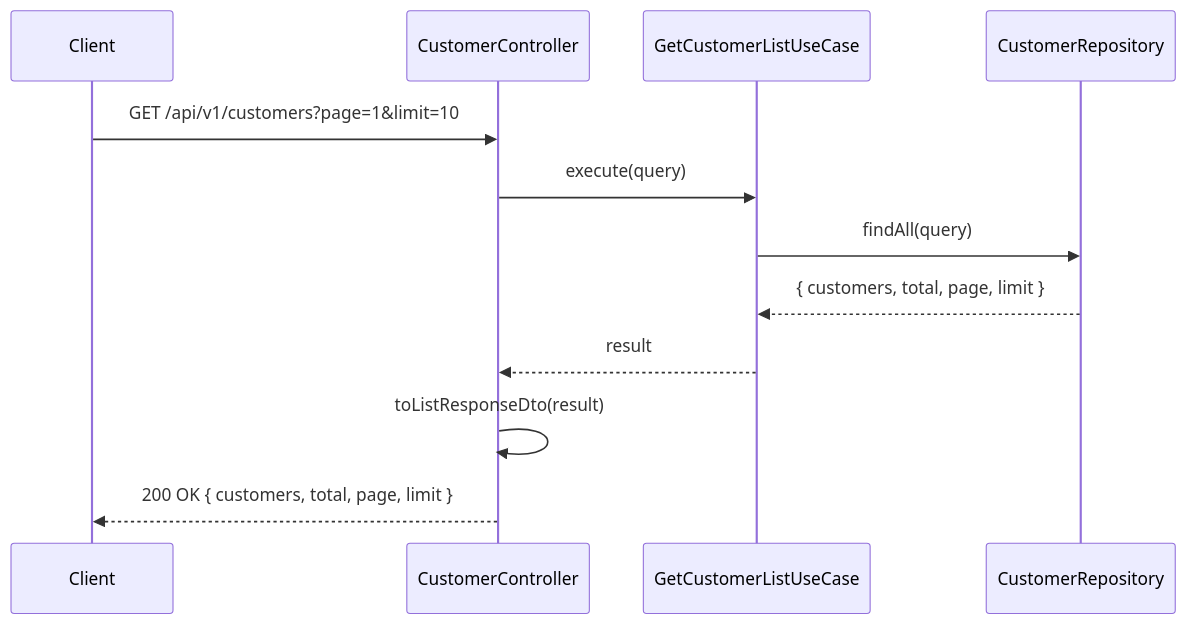
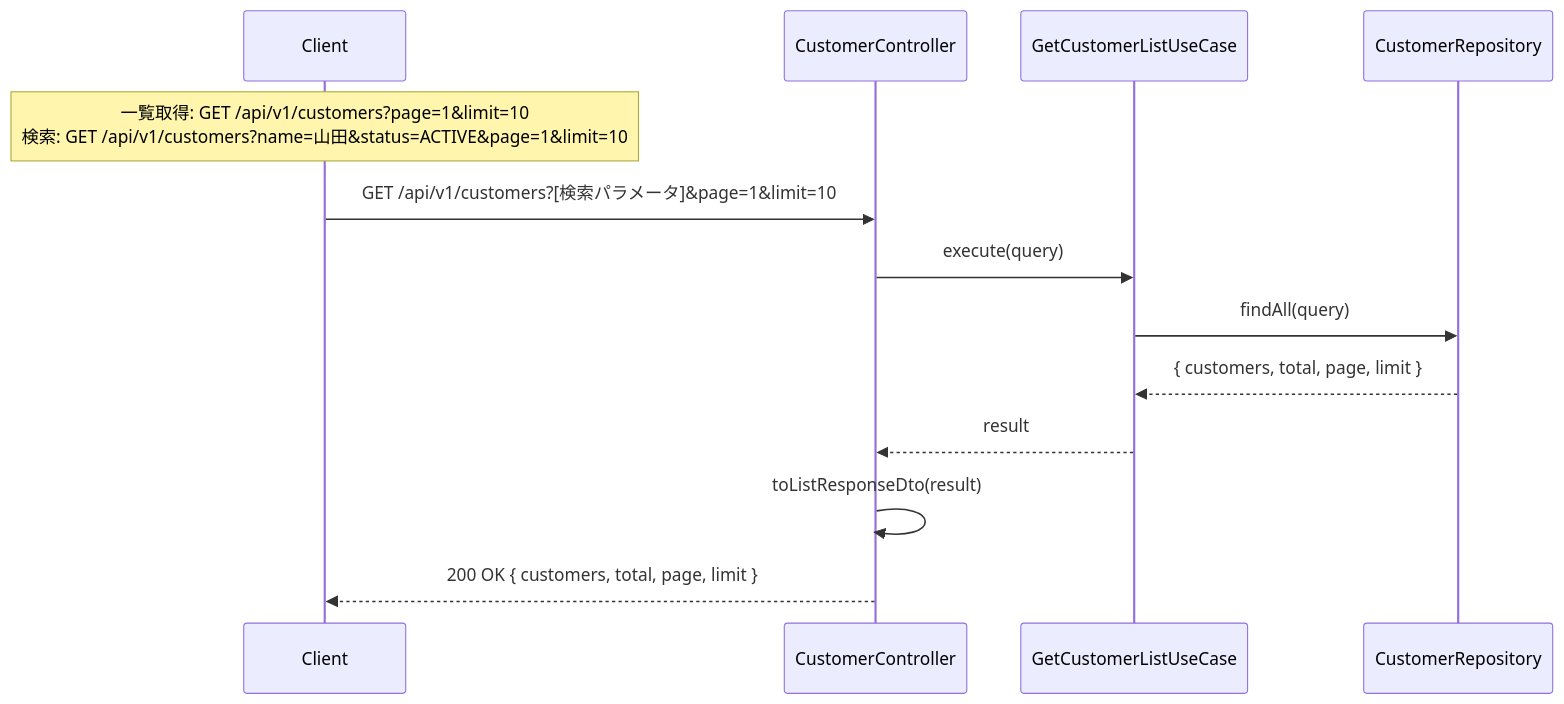
Before and after one commit to kencom2400/MrWebDefence-Console: the fourth of 6 diagrams in docs/detailed-design/MWD-34_customer-management/sequence-diagrams.md, drawn with Mermaid. The commit also changed other lines of this file and 6 other files, not shown here.

````diff
--- a/docs/detailed-design/MWD-34_customer-management/sequence-diagrams.md
+++ b/docs/detailed-design/MWD-34_customer-management/sequence-diagrams.md
@@ -104,17 +104,19 @@
 ```mermaid
 sequenceDiagram
     participant Client
     participant CustomerController
     participant GetCustomerListUseCase
     participant CustomerRepository
 
-    Client->>CustomerController: GET /api/v1/customers?page=1&limit=10
+    Note over Client: 一覧取得: GET /api/v1/customers?page=1&limit=10<br/>検索: GET /api/v1/customers?name=山田&status=ACTIVE&page=1&limit=10
+    
+    Client->>CustomerController: GET /api/v1/customers?[検索パラメータ]&page=1&limit=10
     CustomerController->>GetCustomerListUseCase: execute(query)
     
     GetCustomerListUseCase->>CustomerRepository: findAll(query)
     CustomerRepository-->>GetCustomerListUseCase: { customers, total, page, limit }
     
     GetCustomerListUseCase-->>CustomerController: result
     CustomerController->>CustomerController: toListResponseDto(result)
     CustomerController-->>Client: 200 OK { customers, total, page, limit }
 ```
````
